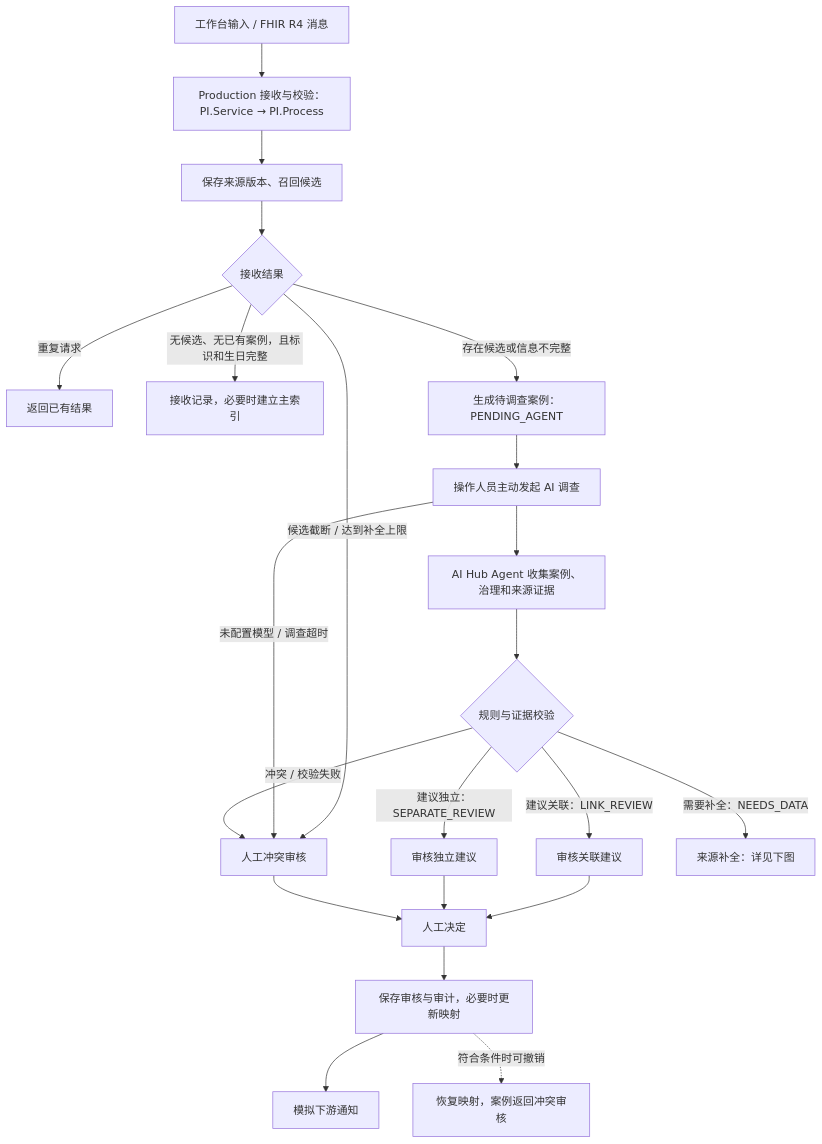
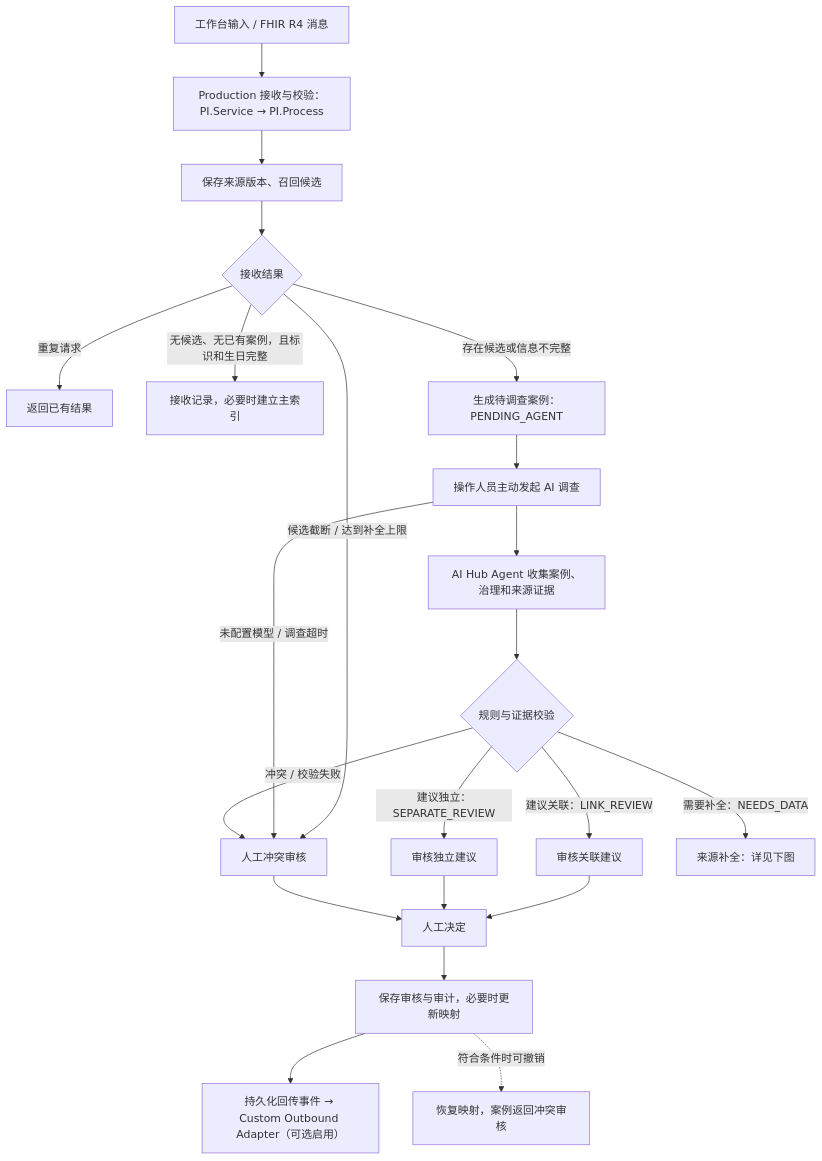
Before and after one commit to boanerges1227/pi-review: the first of 3 diagrams in README.zh-CN.md, drawn with Mermaid. The commit also changed other lines of this file and 16 other files, not shown here.

Commit message:
feat: deliver review results through custom outbound adapter

````diff
--- a/README.zh-CN.md
+++ b/README.zh-CN.md
@@ -60,24 +60,24 @@
 ```mermaid
 flowchart TD
     A["工作台输入 / FHIR R4 消息"] --> B["Production 接收与校验：PI.Service → PI.Process"]
     B --> C["保存来源版本、召回候选"]
     C --> D{"接收结果"}
     D -- "重复请求" --> E["返回已有结果"]
     D -- "无候选、无已有案例，且标识和生日完整" --> F["接收记录，必要时建立主索引"]
     D -- "存在候选或信息不完整" --> G["生成待调查案例：PENDING_AGENT"]
     D -- "候选截断 / 达到补全上限" --> R["人工冲突审核"]
     G --> H["操作人员主动发起 AI 调查"]
     H -- "未配置模型 / 调查超时" --> R
     H --> I["AI Hub Agent 收集案例、治理和来源证据"]
     I --> K{"规则与证据校验"}
     K -- "建议关联：LINK_REVIEW" --> L["审核关联建议"]
     K -- "建议独立：SEPARATE_REVIEW" --> M["审核独立建议"]
     K -- "需要补全：NEEDS_DATA" --> N["来源补全：详见下图"]
     K -- "冲突 / 校验失败" --> R
     L --> S["人工决定"]
     M --> S
     R --> S
     S --> T["保存审核与审计，必要时更新映射"]
-    T --> U["模拟下游通知"]
+    T --> U["持久化回传事件 → Custom Outbound Adapter（可选启用）"]
     T -. "符合条件时可撤销" .-> V["恢复映射，案例返回冲突审核"]
 ```
````
